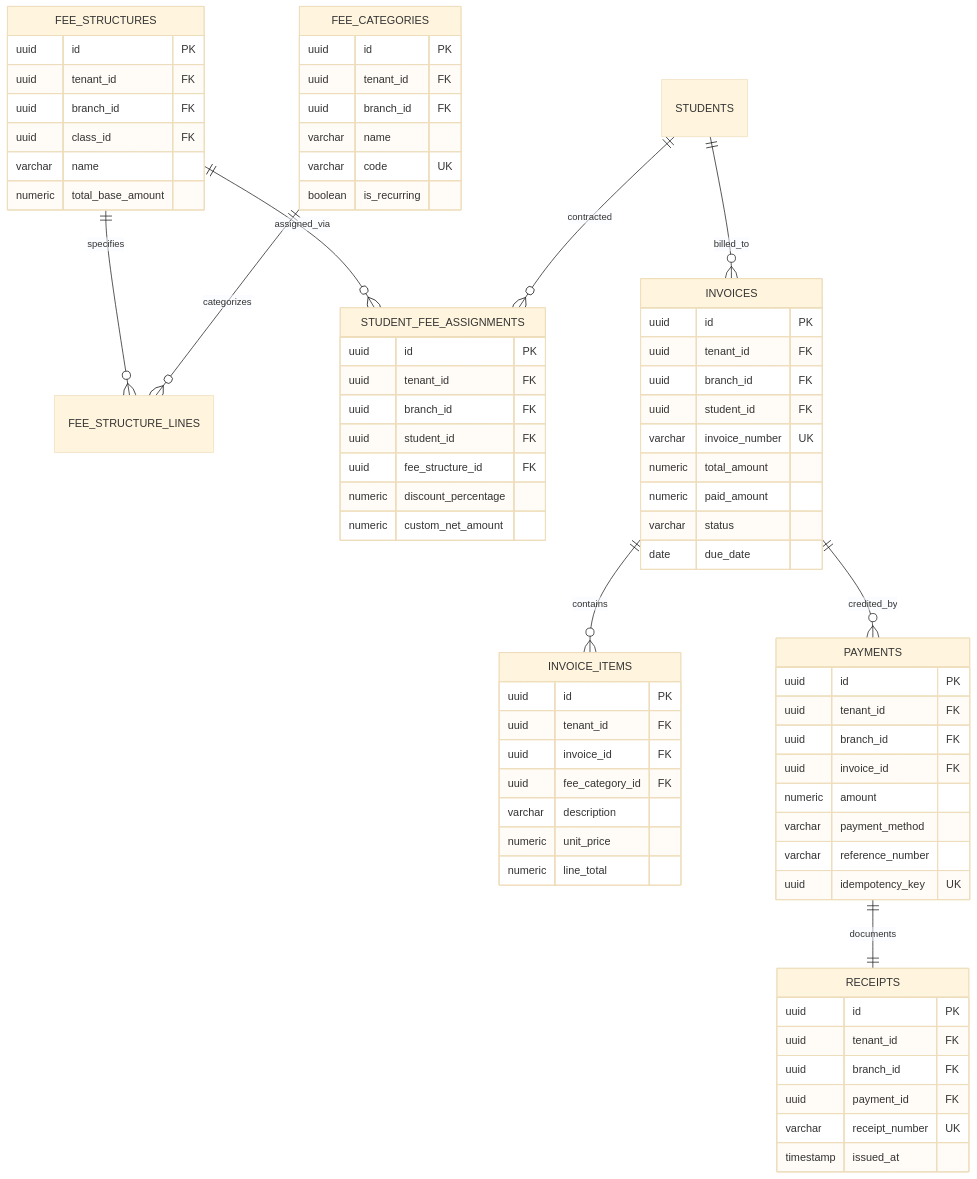
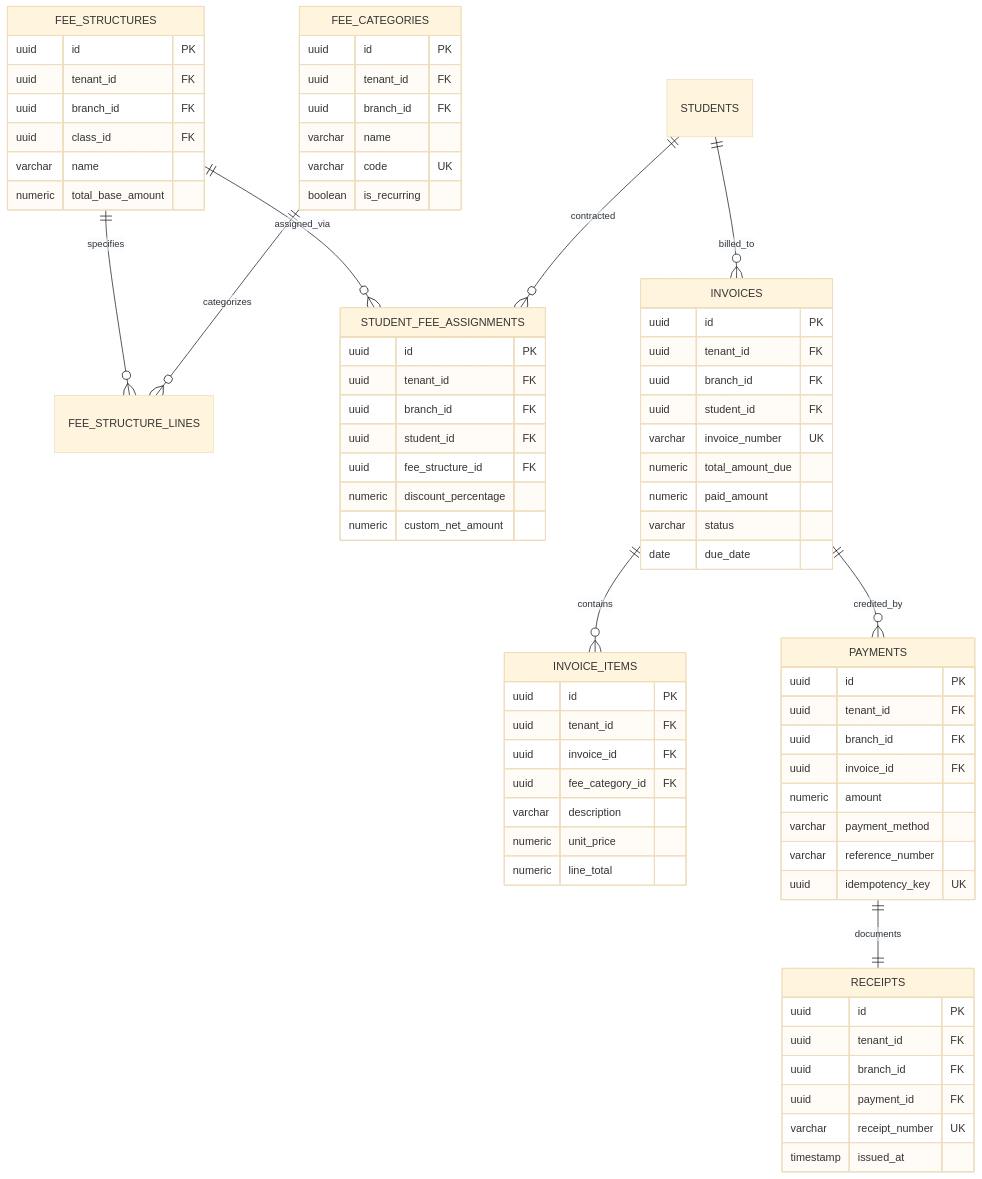
The fourth of 9 diagrams in docs/03-database/ERD.md (Yoba21/Fidel_Hub), drawn with Mermaid (base theme) before and after one commit. The commit also changed other lines of this file and 41 other files, not shown here.

````diff
--- a/docs/03-database/ERD.md
+++ b/docs/03-database/ERD.md
@@ -192,82 +193,82 @@
 ```mermaid
 erDiagram
     FEE_STRUCTURES ||--o{ FEE_STRUCTURE_LINES : specifies
     FEE_CATEGORIES ||--o{ FEE_STRUCTURE_LINES : categorizes
     FEE_STRUCTURES ||--o{ STUDENT_FEE_ASSIGNMENTS : assigned_via
     STUDENTS ||--o{ STUDENT_FEE_ASSIGNMENTS : contracted
     
     STUDENTS ||--o{ INVOICES : billed_to
     INVOICES ||--o{ INVOICE_ITEMS : contains
     INVOICES ||--o{ PAYMENTS : credited_by
     PAYMENTS ||--|| RECEIPTS : documents
 
     FEE_CATEGORIES {
         uuid id PK
         uuid tenant_id FK
         uuid branch_id FK
         varchar name
         varchar code UK
         boolean is_recurring
     }
 
     FEE_STRUCTURES {
         uuid id PK
         uuid tenant_id FK
         uuid branch_id FK
         uuid class_id FK
         varchar name
         numeric total_base_amount
     }
 
     STUDENT_FEE_ASSIGNMENTS {
         uuid id PK
         uuid tenant_id FK
         uuid branch_id FK
         uuid student_id FK
         uuid fee_structure_id FK
         numeric discount_percentage
         numeric custom_net_amount
     }
 
     INVOICES {
         uuid id PK
         uuid tenant_id FK
         uuid branch_id FK
         uuid student_id FK
         varchar invoice_number UK
-        numeric total_amount
+        numeric total_amount_due
         numeric paid_amount
         varchar status
         date due_date
     }
 
     INVOICE_ITEMS {
         uuid id PK
         uuid tenant_id FK
         uuid invoice_id FK
         uuid fee_category_id FK
         varchar description
         numeric unit_price
         numeric line_total
     }
 
     PAYMENTS {
         uuid id PK
         uuid tenant_id FK
         uuid branch_id FK
         uuid invoice_id FK
         numeric amount
         varchar payment_method
         varchar reference_number
         uuid idempotency_key UK
     }
 
     RECEIPTS {
         uuid id PK
         uuid tenant_id FK
         uuid branch_id FK
         uuid payment_id FK
         varchar receipt_number UK
         timestamp issued_at
     }
 ```
````
